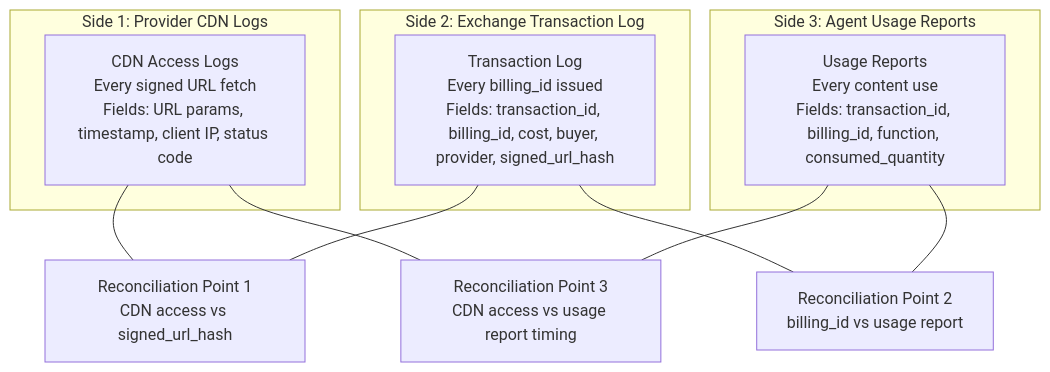
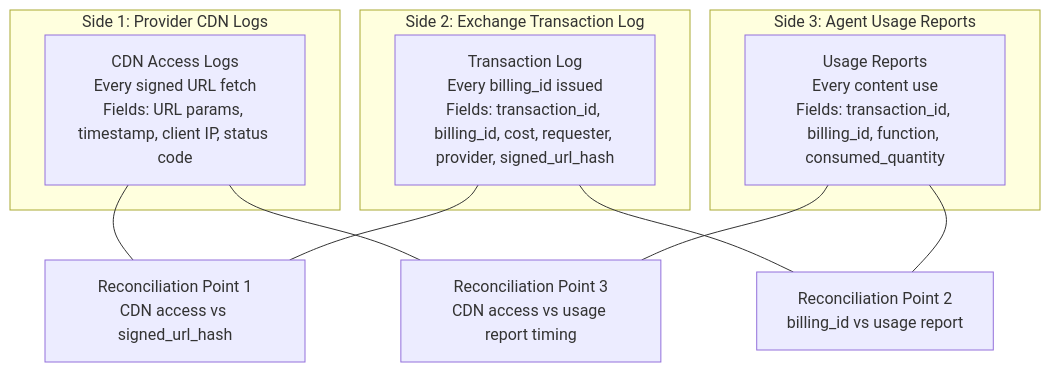
Before and after one commit to RAMP-Protocol/protocol: the third of 3 diagrams in website/src/content/docs/components/transaction-log/overview.mdx, drawn with Mermaid. The commit also changed other lines of this file and 22 other files, not shown here.

First line of the commit message:
docs: standardize role vocabulary on Requester/Provider

````diff
--- a/website/src/content/docs/components/transaction-log/overview.mdx
+++ b/website/src/content/docs/components/transaction-log/overview.mdx
@@ -88,23 +88,23 @@
 ```mermaid
 graph TB
     subgraph "Side 1: Provider CDN Logs"
         CDN[CDN Access Logs<br/>Every signed URL fetch<br/>Fields: URL params, timestamp, client IP, status code]
     end
 
     subgraph "Side 2: Exchange Transaction Log"
-        TXN[Transaction Log<br/>Every billing_id issued<br/>Fields: transaction_id, billing_id, cost, buyer, provider, signed_url_hash]
+        TXN[Transaction Log<br/>Every billing_id issued<br/>Fields: transaction_id, billing_id, cost, requester, provider, signed_url_hash]
     end
 
     subgraph "Side 3: Agent Usage Reports"
         USG[Usage Reports<br/>Every content use<br/>Fields: transaction_id, billing_id, function, consumed_quantity]
     end
 
     CDN --- R1[Reconciliation Point 1<br/>CDN access vs signed_url_hash]
     TXN --- R1
 
     TXN --- R2[Reconciliation Point 2<br/>billing_id vs usage report]
     USG --- R2
 
     CDN --- R3[Reconciliation Point 3<br/>CDN access vs usage report timing]
     USG --- R3
 ```
````
